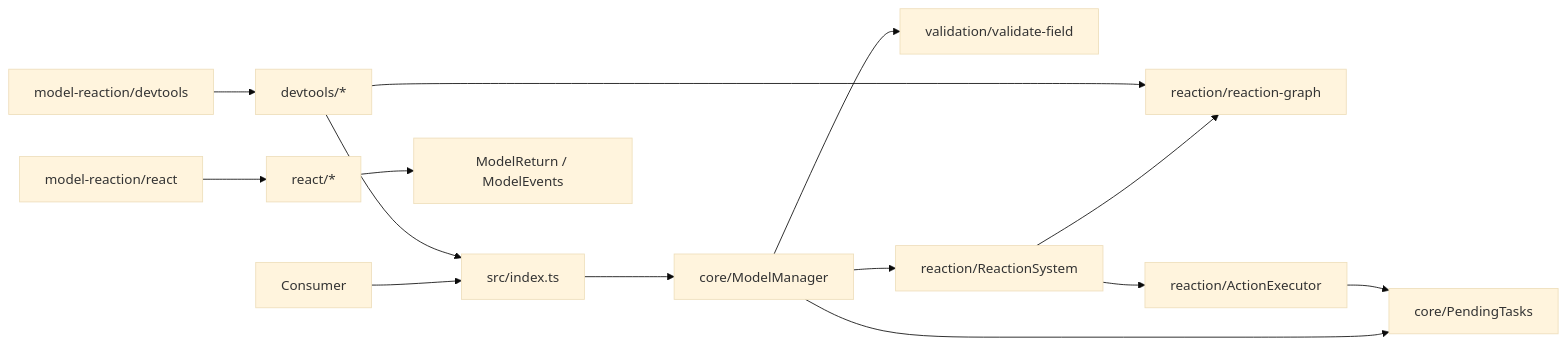
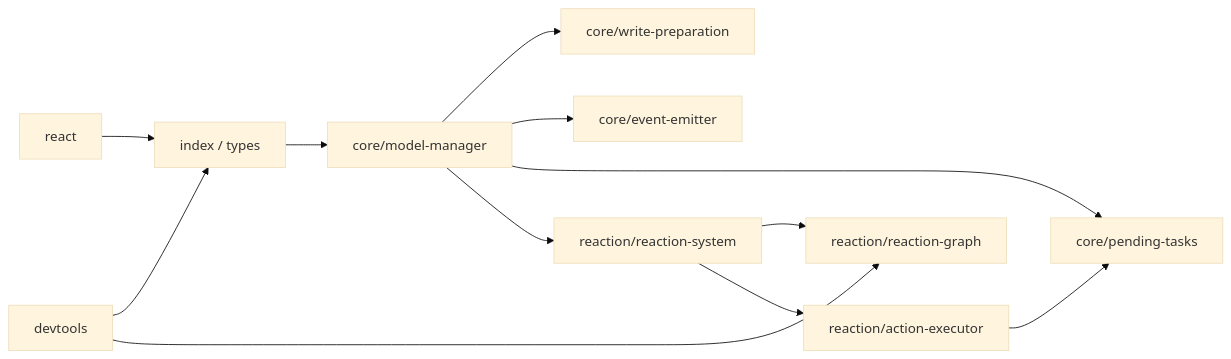
The diagram in packages/model-reaction/docs/ARCHITECTURE.md (EdwardZZZ/model-reaction), drawn with Mermaid (base theme) before and after one commit. The commit also changed other lines of this file and 108 other files, not shown here.

````diff
--- a/packages/model-reaction/docs/ARCHITECTURE.md
+++ b/packages/model-reaction/docs/ARCHITECTURE.md
@@ -10,16 +10,14 @@
 ```mermaid
 flowchart LR
-    Consumer[Consumer] --> Entry[src/index.ts]
-    Entry --> Manager[core/ModelManager]
-    Manager --> Validation[validation/validate-field]
-    Manager --> Reaction[reaction/ReactionSystem]
-    Manager --> Tasks[core/PendingTasks]
-    Reaction --> Graph[reaction/reaction-graph]
-    Reaction --> Actions[reaction/ActionExecutor]
+    API["index / types"] --> Manager["core/model-manager"]
+    Manager --> Prepare["core/write-preparation"]
+    Manager --> Events["core/event-emitter"]
+    Manager --> Tasks["core/pending-tasks"]
+    Manager --> Reaction["reaction/reaction-system"]
+    Reaction --> Graph["reaction/reaction-graph"]
+    Reaction --> Actions["reaction/action-executor"]
     Actions --> Tasks
-    ReactEntry[model-reaction/react] --> ReactAdapter[react/*]
-    ReactAdapter --> PublicModel[ModelReturn / ModelEvents]
-    DevEntry[model-reaction/devtools] --> DevAdapter[devtools/*]
-    DevAdapter --> Entry
-    DevAdapter --> Graph
+    React["react"] --> API
+    Devtools["devtools"] --> API
+    Devtools --> Graph
 ```
````
